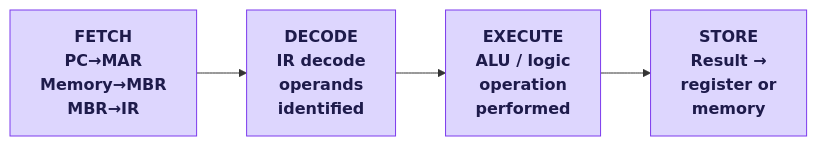
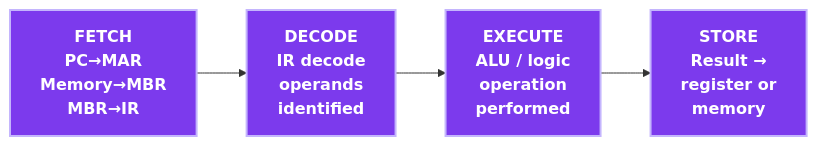
Before and after one commit to mushfiq-nehal/MS-Preparation-Handbook: the diagram in docs/12 - Computer Architecture.md, drawn with Mermaid. The commit also changed 23 other files, not shown here.

Commit message:
Fix mermaid contrast in dark mode

````diff
--- a/docs/12 - Computer Architecture.md
+++ b/docs/12 - Computer Architecture.md
@@ -28,7 +28,7 @@
 ```mermaid
 graph LR
     F[FETCH<br/>PC→MAR<br/>Memory→MBR<br/>MBR→IR]:::stage --> D[DECODE<br/>IR decode<br/>operands<br/>identified]:::stage
     D --> E[EXECUTE<br/>ALU / logic<br/>operation<br/>performed]:::stage
     E --> S[STORE<br/>Result →<br/>register or<br/>memory]:::stage
-    classDef stage fill:#ddd6fe,stroke:#7c3aed,color:#1e1b4b,font-weight:bold
+    classDef stage fill:#7c3aed,stroke:#c4b5fd,stroke-width:2px,color:#ffffff,font-weight:bold
 ```
````
